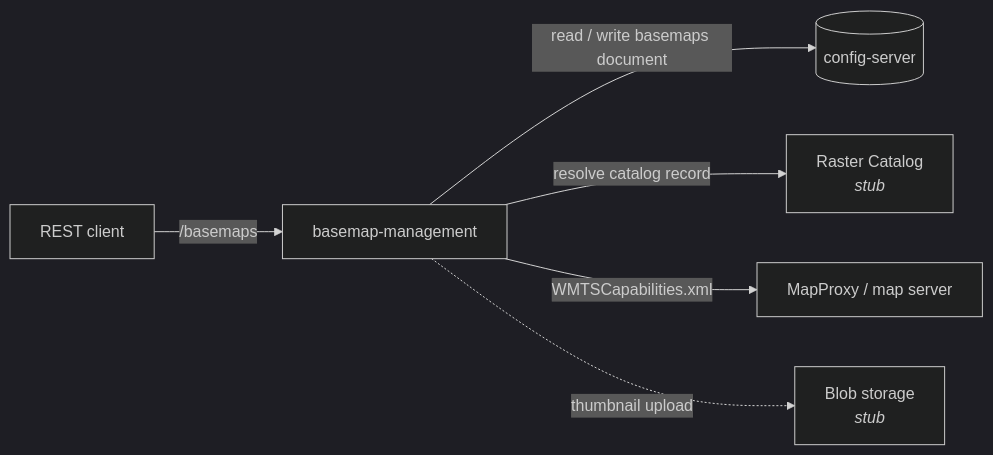
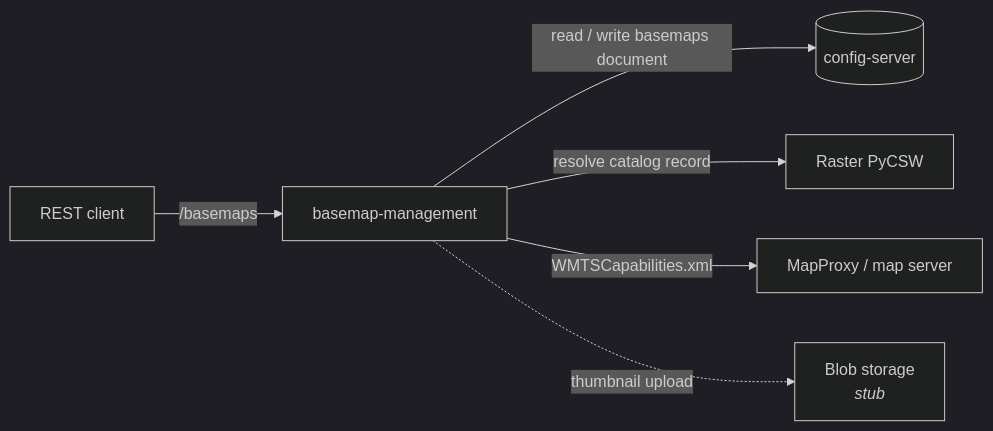
One commit to MapColonies/basemap-management changed the diagram in README.md. Above: the diagram before and after it, drawn with Mermaid (dark theme). The commit also changed other lines of this file and 24 other files, not shown here.

First line of the commit message:
fix: raster pycsw resolve (MAPCO-11724) (#24)

````diff
--- a/README.md
+++ b/README.md
@@ -18,8 +18,8 @@
 ```mermaid
 flowchart LR
   client[REST client] -->|/basemaps| svc[basemap-management]
   svc -->|read / write basemaps document| cs[(config-server)]
-  svc -->|resolve catalog record| rc[Raster Catalog<br/><i>stub</i>]
+  svc -->|resolve catalog record| rc[Raster PyCSW]
   svc -->|WMTSCapabilities.xml| ms[MapProxy / map server]
   svc -.->|thumbnail upload| bs[Blob storage<br/><i>stub</i>]
 ```
````
